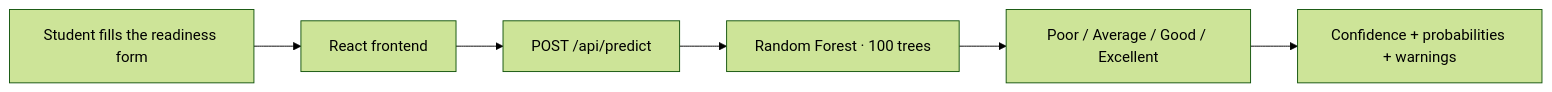
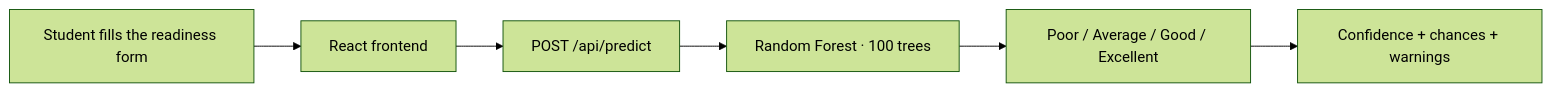
Before and after one commit to Praveen-kumar625/preppilot-frontend: the diagram in README.md, drawn with Mermaid (forest theme). The commit also changed other lines of this file, not shown here.

````diff
--- a/README.md
+++ b/README.md
@@ -67,8 +67,8 @@
 ```mermaid
 flowchart LR
     A[Student fills the readiness form] --> B[React frontend]
     B --> C[POST /api/predict]
     C --> D[Random Forest · 100 trees]
     D --> E[Poor / Average / Good / Excellent]
-    E --> F[Confidence + probabilities + warnings]
+    E --> F[Confidence + chances + warnings]
 ```
````
